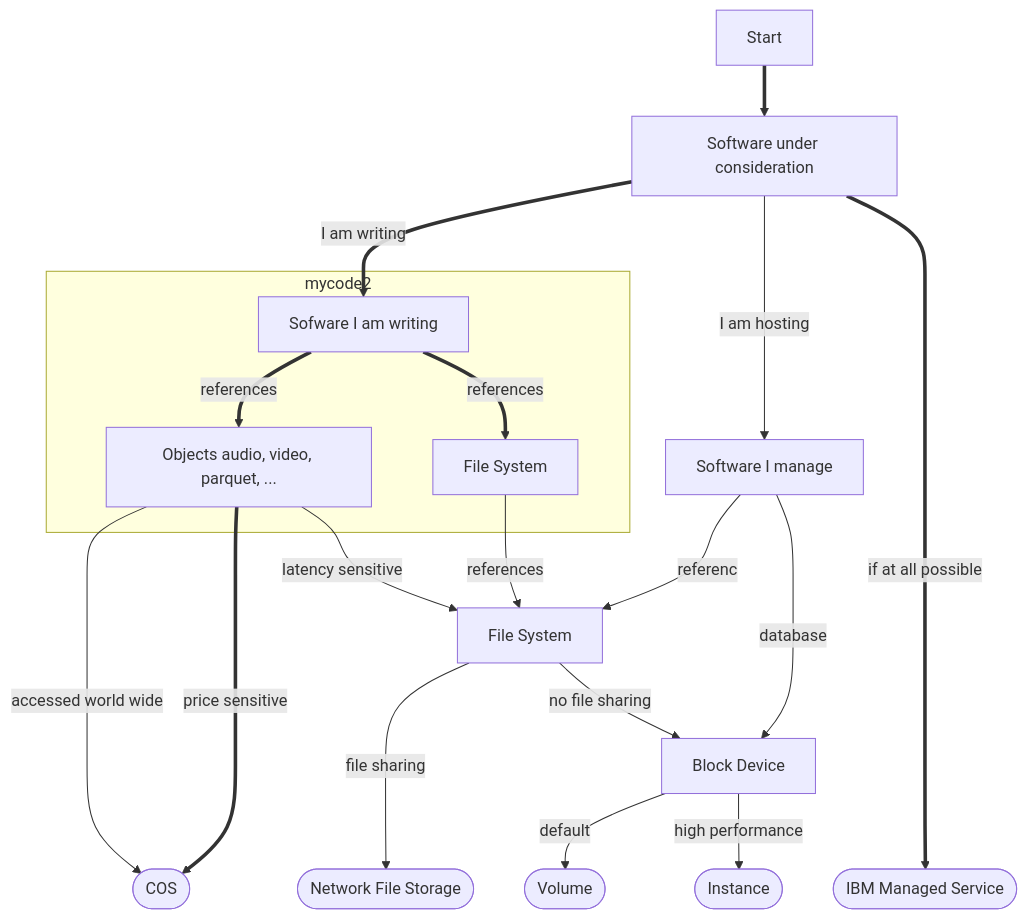
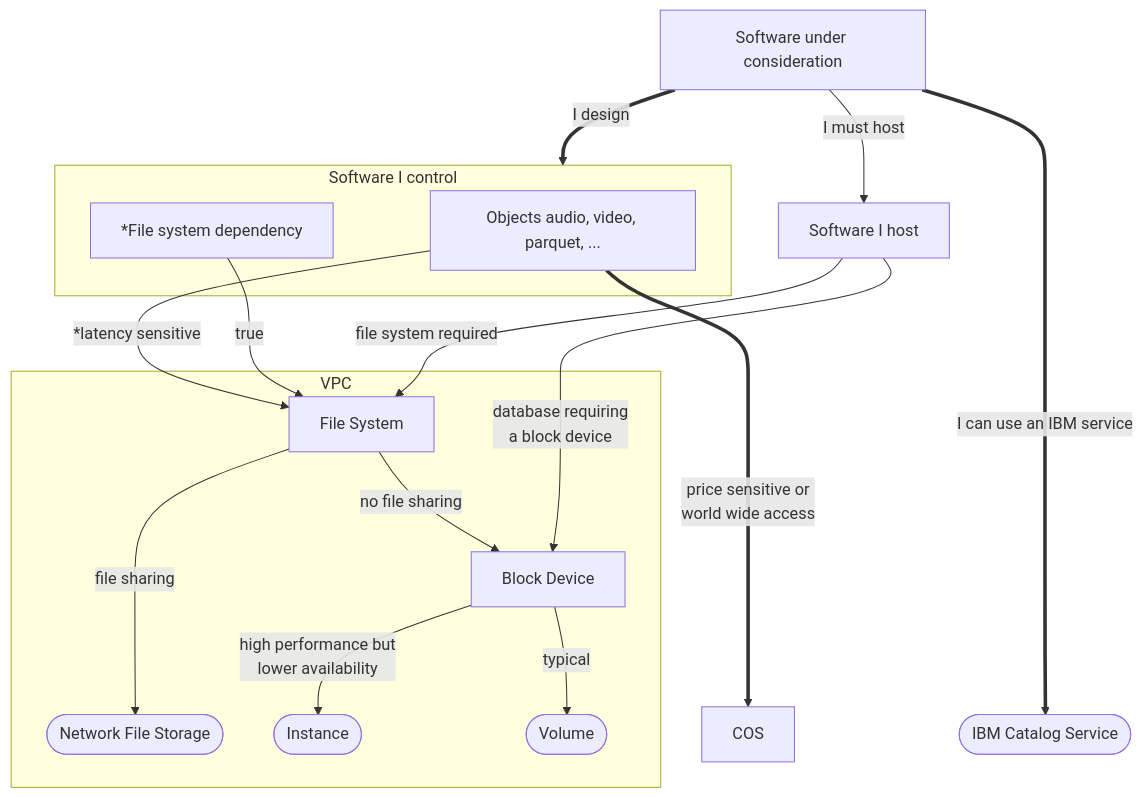
Before and after one commit to powellquiring/ibm-storage: the diagram in README.md, drawn with Mermaid. The commit also changed other lines of this file and 21 other files, not shown here.

````diff
--- a/README.md
+++ b/README.md
@@ -4,21 +4,23 @@
 ```mermaid
-graph TD;
-    Start==>Code
-    Code[Software under consideration]==I am writing==>MyCode[Sofware I am writing];
-    subgraph mycode2
-      MyCode==references==>ObjectLike["Objects audio, video, parquet, ..."];
-      MyCode==references==>FS[File System];
+flowchart TD;
+    Code[Software under consideration]
+    Code--I must host-->ThirdParty[Software I host];
+    ThirdParty--file system required-->FileSystem
+    ThirdParty--database requiring<br> a block device-->BlockDevice
+    FileSystem--file sharing--->NetworkFileStorage
+    Code==I design==>MYCODE
+    subgraph MYCODE[Software I control]
+      ObjectLike["Objects audio, video, parquet, ..."];
+      FS[*File system dependency];
     end
-    FS--references-->FileSystem[File System];
-    ObjectLike--accessed world wide-->COS([COS]);
-    ObjectLike==price sensitive====>COS;
-    ObjectLike--latency sensitive-->FileSystem;
-    FileSystem--file sharing--->NetworkFileStorage([Network File Storage]);
-    FileSystem--no file sharing-->BlockDevice[Block Device];
-    Code--I am hosting-->ThirdParty[Software I manage];
-    ThirdParty--referenc-->FileSystem
-    ThirdParty--database-->BlockDevice
-    BlockDevice--default-->Volume([Volume]);
-    BlockDevice--high performance-->Instance([Instance]);
-    Code==if at all possible======>IBMManagedService([IBM Managed Service]);
+    FS--true-->FileSystem[File System];
+    subgraph "VPC "
+      FileSystem--no file sharing-->BlockDevice[Block Device];
+      BlockDevice--high performance but <br> lower availability-->Instance([Instance]);
+      BlockDevice--typical-->Volume([Volume]);
+      NetworkFileStorage([Network File Storage]);
+    end
+    ObjectLike==price sensitive or <br> world wide access====>COS;
+    ObjectLike--*latency sensitive-->FileSystem;
+    Code==I can use an IBM service=====>IBMManagedService([IBM Catalog Service]);
 ```
````
